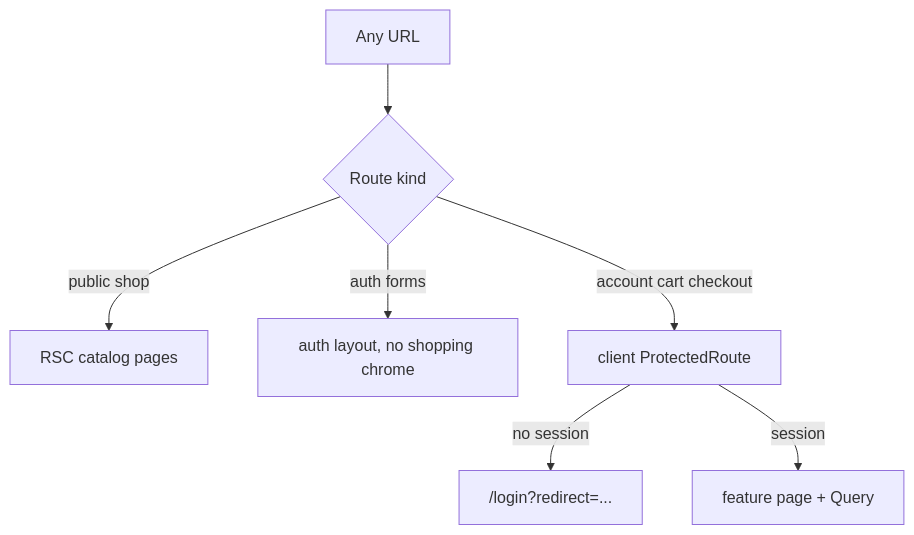
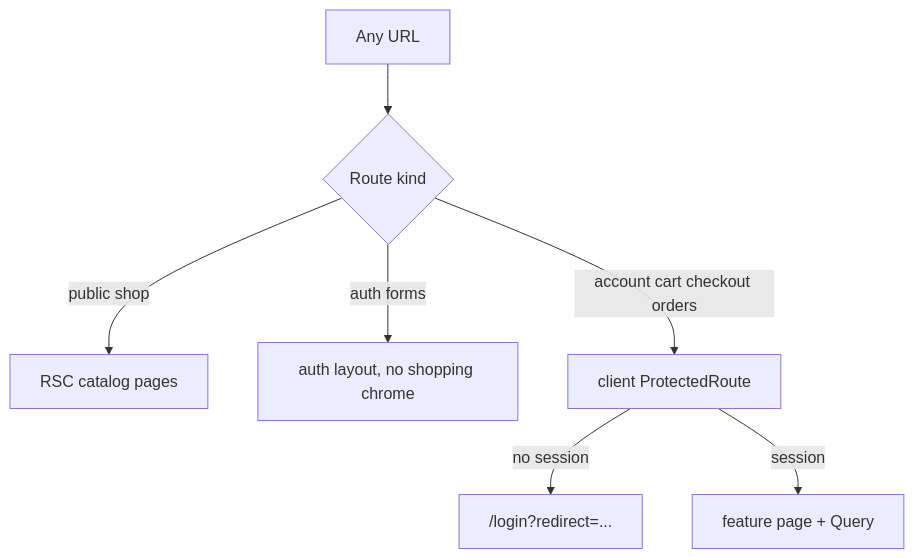
Before and after one commit to raouf-b-dev/ecommerce-store-web: the first of 2 diagrams in docs/architecture/ARCHITECTURE.md, drawn with Mermaid. The commit also changed other lines of this file and 2 other files, not shown here.

````diff
--- a/docs/architecture/ARCHITECTURE.md
+++ b/docs/architecture/ARCHITECTURE.md
@@ -53,9 +55,9 @@
 ```mermaid
 flowchart TD
   Visit["Any URL"] --> Kind{"Route kind"}
   Kind -->|public shop| Rsc["RSC catalog pages"]
   Kind -->|auth forms| AuthLayout["auth layout, no shopping chrome"]
-  Kind -->|account cart checkout| ClientGate["client ProtectedRoute"]
+  Kind -->|account cart checkout orders| ClientGate["client ProtectedRoute"]
   ClientGate -->|no session| Login["/login?redirect=..."]
   ClientGate -->|session| Page["feature page + Query"]
 ```
````
